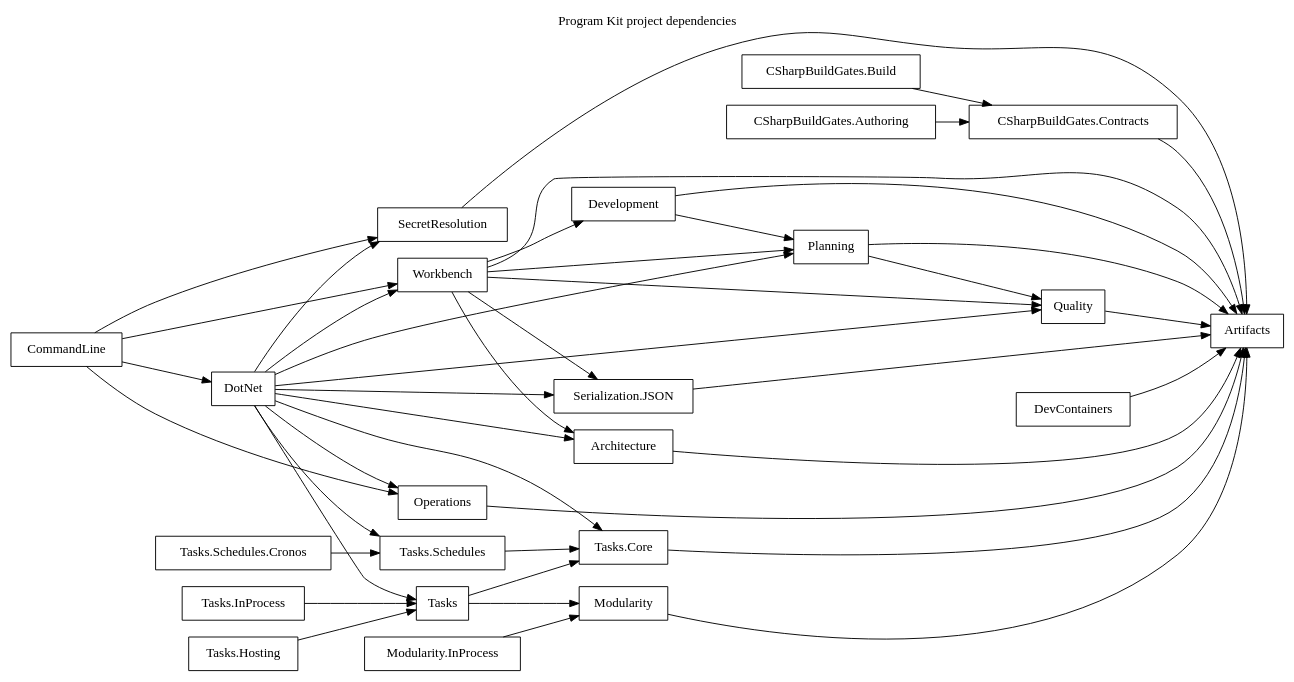
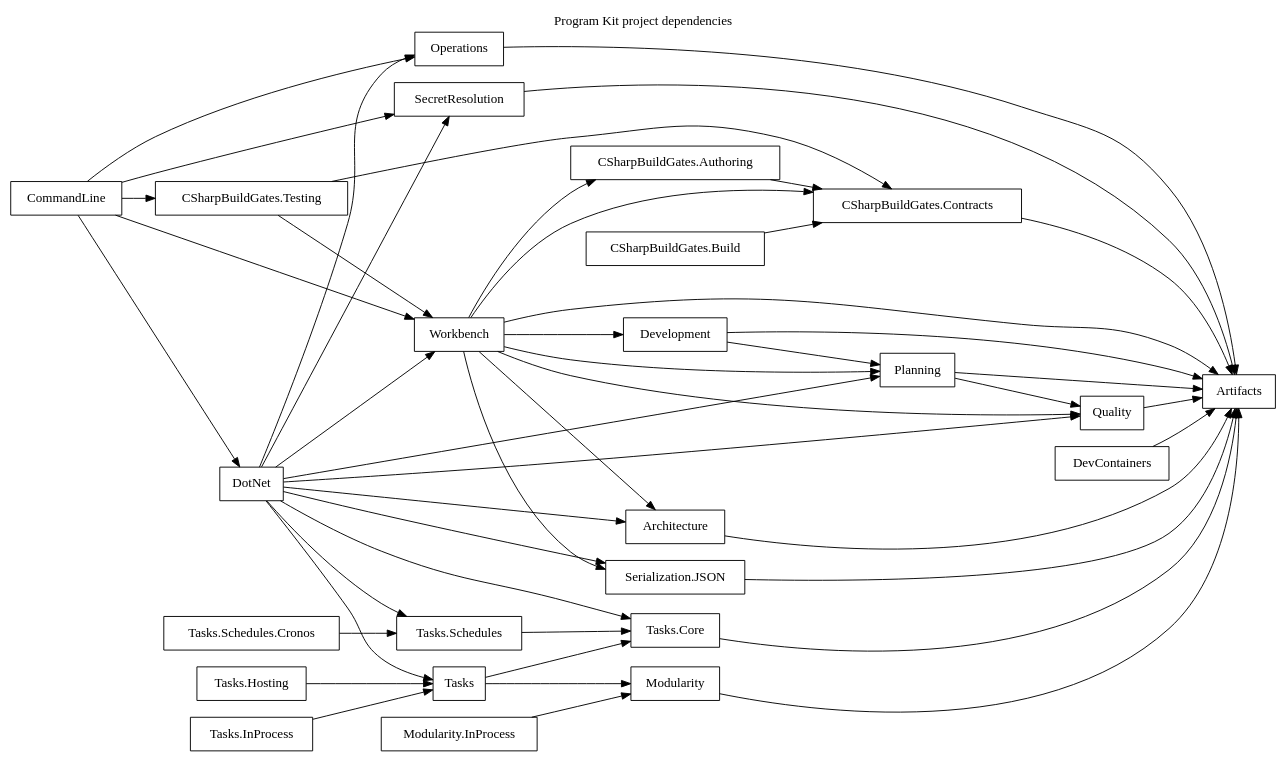
The diagram in artifacts/self-hosted/dependency-graph.dot (orbyss-io/program-kit), drawn with Graphviz before and after one commit. The commit also changed 46 other files, not shown here.

```diff
--- a/artifacts/self-hosted/dependency-graph.dot
+++ b/artifacts/self-hosted/dependency-graph.dot
@@ -1,47 +1,52 @@
 digraph ProgramKitDependencies {
   graph [label="Program Kit project dependencies", labelloc="t", rankdir="LR"];
   node [shape="box"];
 
   "Architecture" -> "Artifacts";
   "CSharpBuildGates.Authoring" -> "CSharpBuildGates.Contracts";
   "CSharpBuildGates.Build" -> "CSharpBuildGates.Contracts";
   "CSharpBuildGates.Contracts" -> "Artifacts";
+  "CSharpBuildGates.Testing" -> "CSharpBuildGates.Contracts";
+  "CSharpBuildGates.Testing" -> "Workbench";
+  "CommandLine" -> "CSharpBuildGates.Testing";
   "CommandLine" -> "DotNet";
   "CommandLine" -> "Operations";
   "CommandLine" -> "SecretResolution";
   "CommandLine" -> "Workbench";
   "Development" -> "Artifacts";
   "Development" -> "Planning";
   "DevContainers" -> "Artifacts";
   "DotNet" -> "Architecture";
   "DotNet" -> "Operations";
   "DotNet" -> "Planning";
   "DotNet" -> "Quality";
   "DotNet" -> "SecretResolution";
   "DotNet" -> "Serialization.JSON";
   "DotNet" -> "Tasks";
   "DotNet" -> "Tasks.Core";
   "DotNet" -> "Tasks.Schedules";
   "DotNet" -> "Workbench";
   "Modularity" -> "Artifacts";
   "Modularity.InProcess" -> "Modularity";
   "Operations" -> "Artifacts";
   "Planning" -> "Artifacts";
   "Planning" -> "Quality";
   "Quality" -> "Artifacts";
   "SecretResolution" -> "Artifacts";
   "Serialization.JSON" -> "Artifacts";
   "Tasks" -> "Modularity";
   "Tasks" -> "Tasks.Core";
   "Tasks.Core" -> "Artifacts";
   "Tasks.Hosting" -> "Tasks";
   "Tasks.InProcess" -> "Tasks";
   "Tasks.Schedules" -> "Tasks.Core";
   "Tasks.Schedules.Cronos" -> "Tasks.Schedules";
   "Workbench" -> "Architecture";
   "Workbench" -> "Artifacts";
+  "Workbench" -> "CSharpBuildGates.Authoring";
+  "Workbench" -> "CSharpBuildGates.Contracts";
   "Workbench" -> "Development";
   "Workbench" -> "Planning";
   "Workbench" -> "Quality";
   "Workbench" -> "Serialization.JSON";
 }
```
